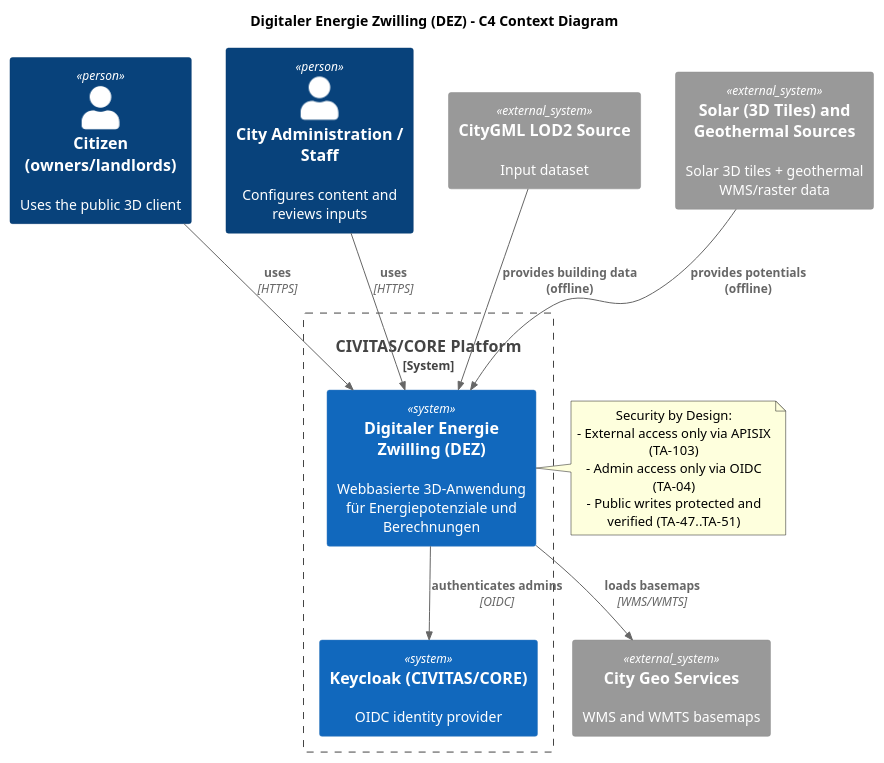
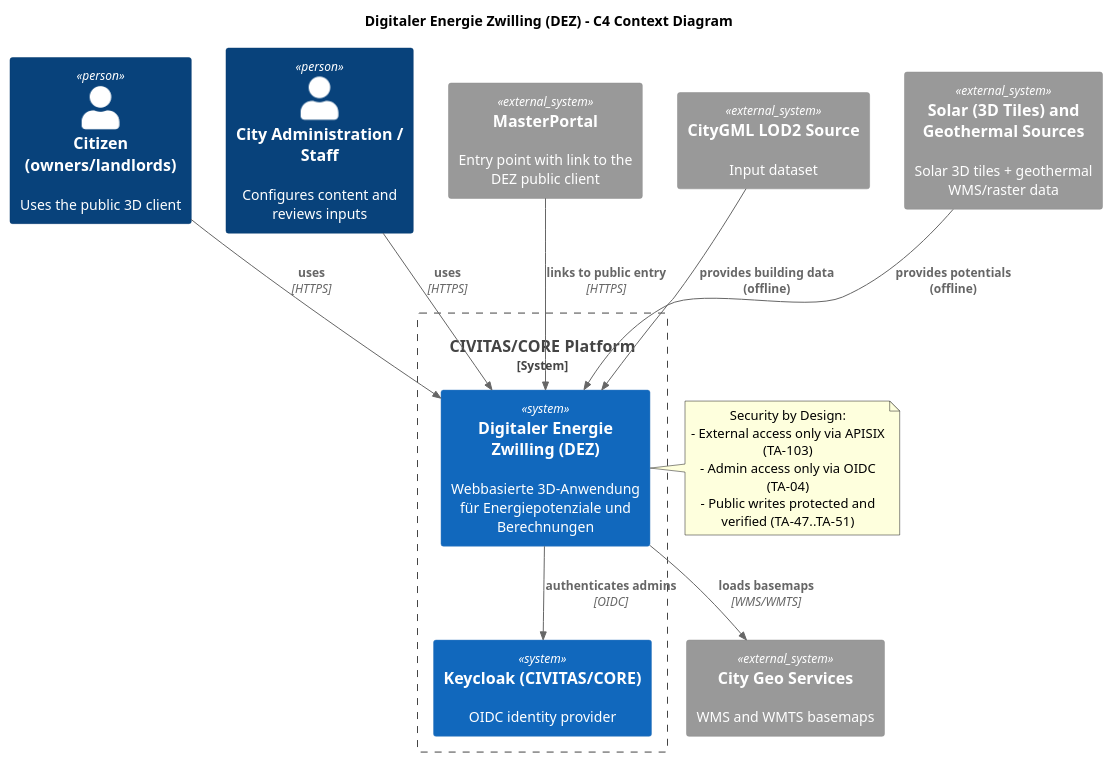
One commit to csi-FOXBYTE/Regensburg_DigitalerEnergieZwilling_Backend changed the diagram in docs/architecture/raw/c4-context.puml. Above: the diagram before and after it, drawn with PlantUML. The commit also changed other lines of this file and 3 other files, not shown here.

Commit message:
docs: added clearer masterPortal integration path

```diff
--- a/docs/architecture/raw/c4-context.puml
+++ b/docs/architecture/raw/c4-context.puml
@@ -1,32 +1,34 @@
 @startuml
 !includeurl https://raw.githubusercontent.com/plantuml-stdlib/C4-PlantUML/master/C4_Context.puml
 
 title Digitaler Energie Zwilling (DEZ) - C4 Context Diagram
 
 Person(citizen, "Citizen (owners/landlords)", "Uses the public 3D client")
 Person(admin, "City Administration / Staff", "Configures content and reviews inputs")
 
 System_Boundary(civitas, "CIVITAS/CORE Platform") {
   System(det, "Digitaler Energie Zwilling (DEZ)", "Webbasierte 3D-Anwendung für Energiepotenziale und Berechnungen")
   System(idp, "Keycloak (CIVITAS/CORE)", "OIDC identity provider")
 }
 
 System_Ext(geo, "City Geo Services", "WMS and WMTS basemaps")
+System_Ext(masterportal, "MasterPortal", "Entry point with link to the DEZ public client")
 System_Ext(citygml, "CityGML LOD2 Source", "Input dataset")
 System_Ext(potentials, "Solar (3D Tiles) and Geothermal Sources", "Solar 3D tiles + geothermal WMS/raster data")
 
 Rel(citizen, det, "uses", "HTTPS")
 Rel(admin, det, "uses", "HTTPS")
+Rel(masterportal, det, "links to public entry", "HTTPS")
 Rel(det, idp, "authenticates admins", "OIDC")
 Rel(det, geo, "loads basemaps", "WMS/WMTS")
 Rel(citygml, det, "provides building data (offline)")
 Rel(potentials, det, "provides potentials (offline)")
 
 note right of det
 Security by Design:
 - External access only via APISIX (TA-103)
 - Admin access only via OIDC (TA-04)
 - Public writes protected and verified (TA-47..TA-51)
 end note
 
 @enduml
```
